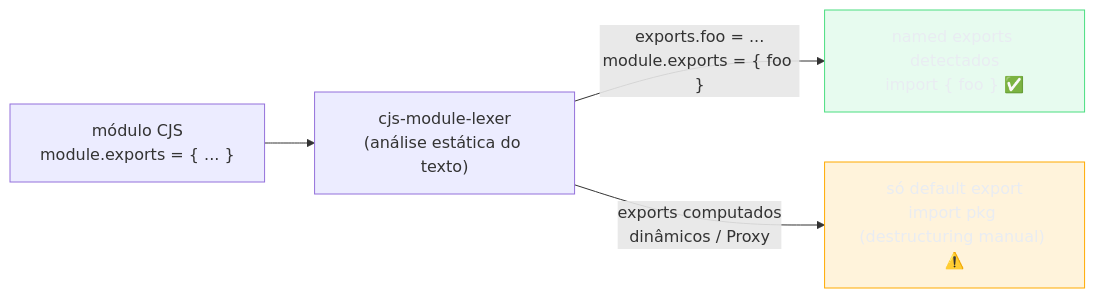
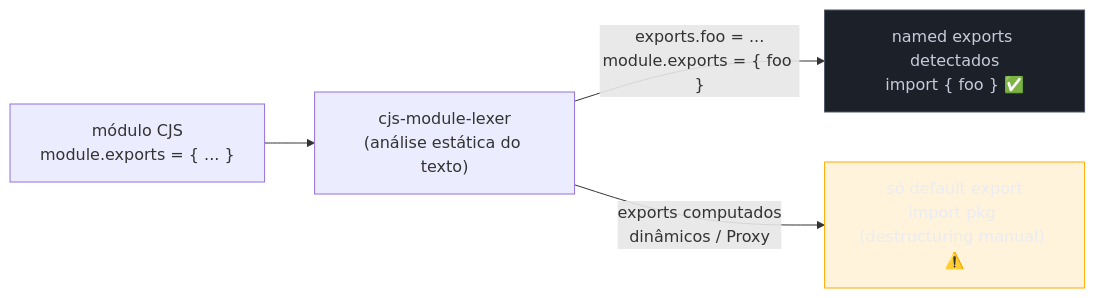
Before and after one commit to josenaldo/codex-technomanticus: the fourth of 7 diagrams in 03-Dominios/Tecnologia/Tooling e Build/06 - ESM e CJS e o sistema de módulos.md, drawn with Mermaid. The commit also changed 601 other files, not shown here.

````diff
--- a/03-Dominios/Tecnologia/Tooling e Build/06 - ESM e CJS e o sistema de módulos.md
+++ b/03-Dominios/Tecnologia/Tooling e Build/06 - ESM e CJS e o sistema de módulos.md
@@ -211,16 +211,16 @@
 ```mermaid
 flowchart LR
-    classDef ok fill:#4ADE8021,stroke:#4ADE80,color:#E9ECF2
+    classDef neutro fill:#1B2029,stroke:#4E5666,color:#C6CCD8
     classDef destaque fill:#FFAA0024,stroke:#FFAA00,color:#E9ECF2
     CJS["módulo CJS\nmodule.exports = { ... }"]
     LEXER["cjs-module-lexer\n(análise estática do texto)"]
     NAMED["named exports detectados\nimport { foo } ✅"]
     DEFAULT_ONLY["só default export\nimport pkg (destructuring manual) ⚠️"]
 
     CJS --> LEXER
     LEXER -->|"exports.foo = ...\nmodule.exports = { foo }"| NAMED
     LEXER -->|"exports computados\ndinâmicos / Proxy"| DEFAULT_ONLY
 
-    class NAMED ok
+    class NAMED neutro
     class DEFAULT_ONLY destaque
 ```
````
